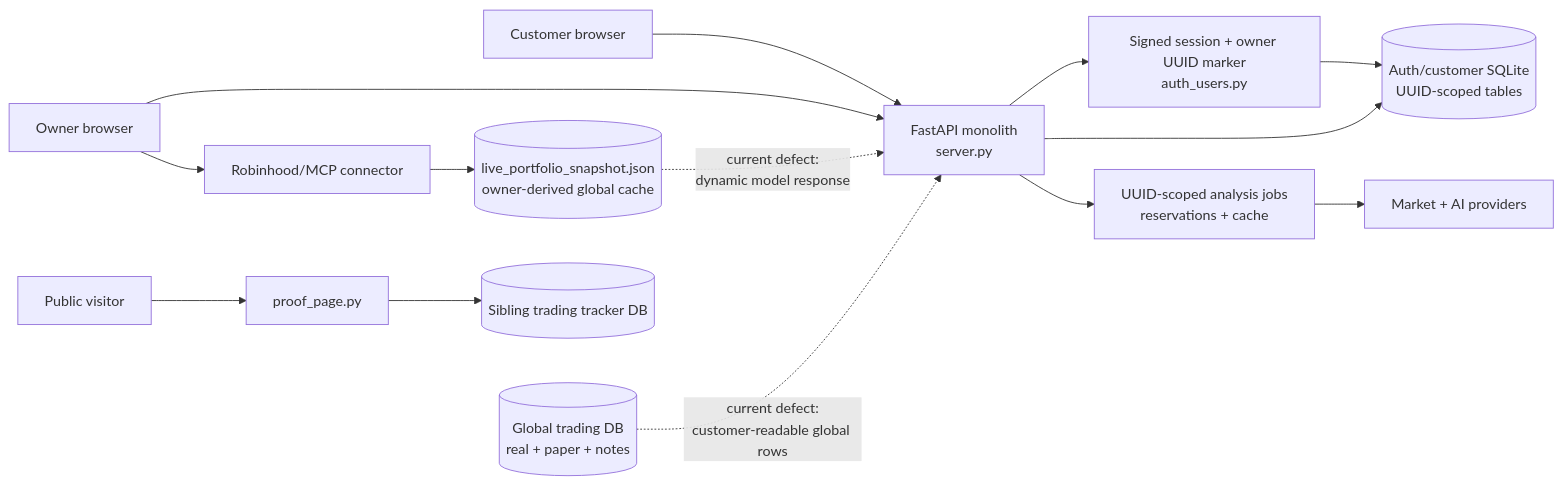
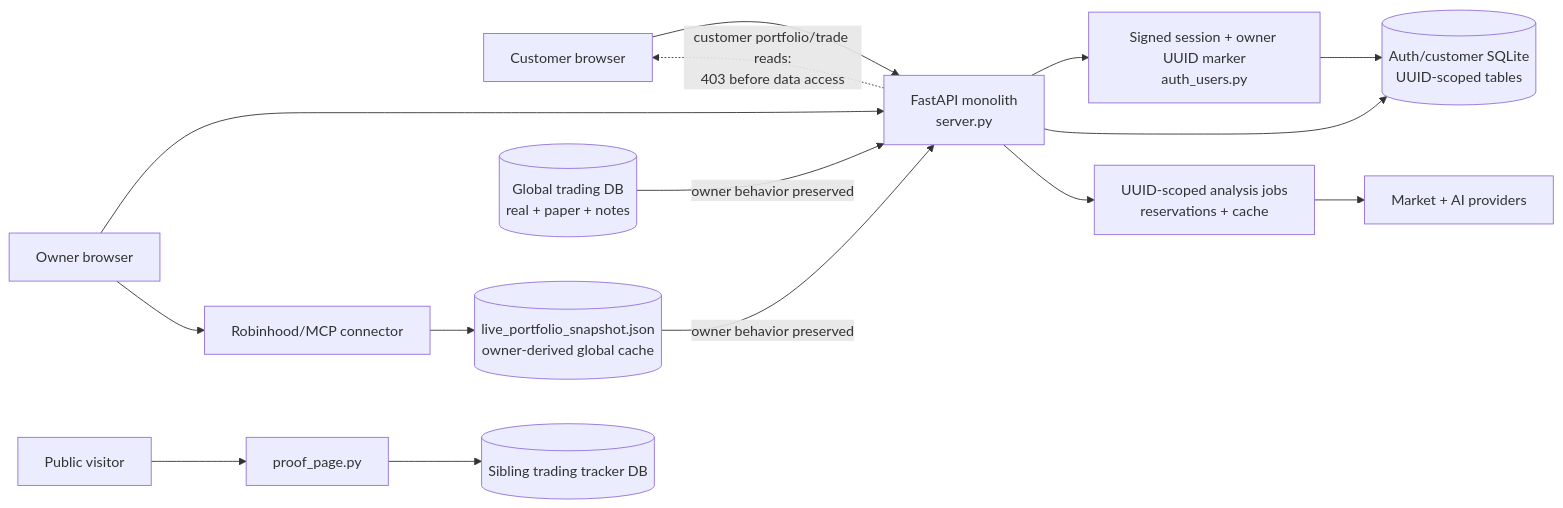
Before and after one commit to gesh75/Gesh-Project: the first of 2 diagrams in docs/GESH_CONTROL_PACK_2026-07-25/GESH_02_ARCHITECTURE_AND_DATA_FLOW.md, drawn with Mermaid. The commit also changed other lines of this file and 9 other files, not shown here.

````diff
--- a/docs/GESH_CONTROL_PACK_2026-07-25/GESH_02_ARCHITECTURE_AND_DATA_FLOW.md
+++ b/docs/GESH_CONTROL_PACK_2026-07-25/GESH_02_ARCHITECTURE_AND_DATA_FLOW.md
@@ -9,32 +10,33 @@
 ```mermaid
 flowchart LR
     Browser["Customer browser"]
     OwnerBrowser["Owner browser"]
     Public["Public visitor"]
     App["FastAPI monolith<br/>server.py"]
     Auth["Signed session + owner UUID marker<br/>auth_users.py"]
     CustomerDB[("Auth/customer SQLite<br/>UUID-scoped tables")]
     Jobs["UUID-scoped analysis jobs<br/>reservations + cache"]
     Providers["Market + AI providers"]
     OwnerConnector["Robinhood/MCP connector"]
     OwnerSnapshot[("live_portfolio_snapshot.json<br/>owner-derived global cache")]
     TradeDB[("Global trading DB<br/>real + paper + notes")]
     Proof["proof_page.py"]
     Trading[("Sibling trading tracker DB")]
 
     Browser --> App
     OwnerBrowser --> App
     Public --> Proof
     App --> Auth
     Auth --> CustomerDB
     App --> CustomerDB
     App --> Jobs
     Jobs --> Providers
 
     OwnerBrowser --> OwnerConnector
     OwnerConnector --> OwnerSnapshot
-    OwnerSnapshot -. "current defect:<br/>dynamic model response" .-> App
-    TradeDB -. "current defect:<br/>customer-readable global rows" .-> App
+    OwnerSnapshot -->|"owner behavior preserved"| App
+    TradeDB -->|"owner behavior preserved"| App
+    App -. "customer portfolio/trade reads:<br/>403 before data access" .-> Browser
 
     Proof --> Trading
 ```
````
